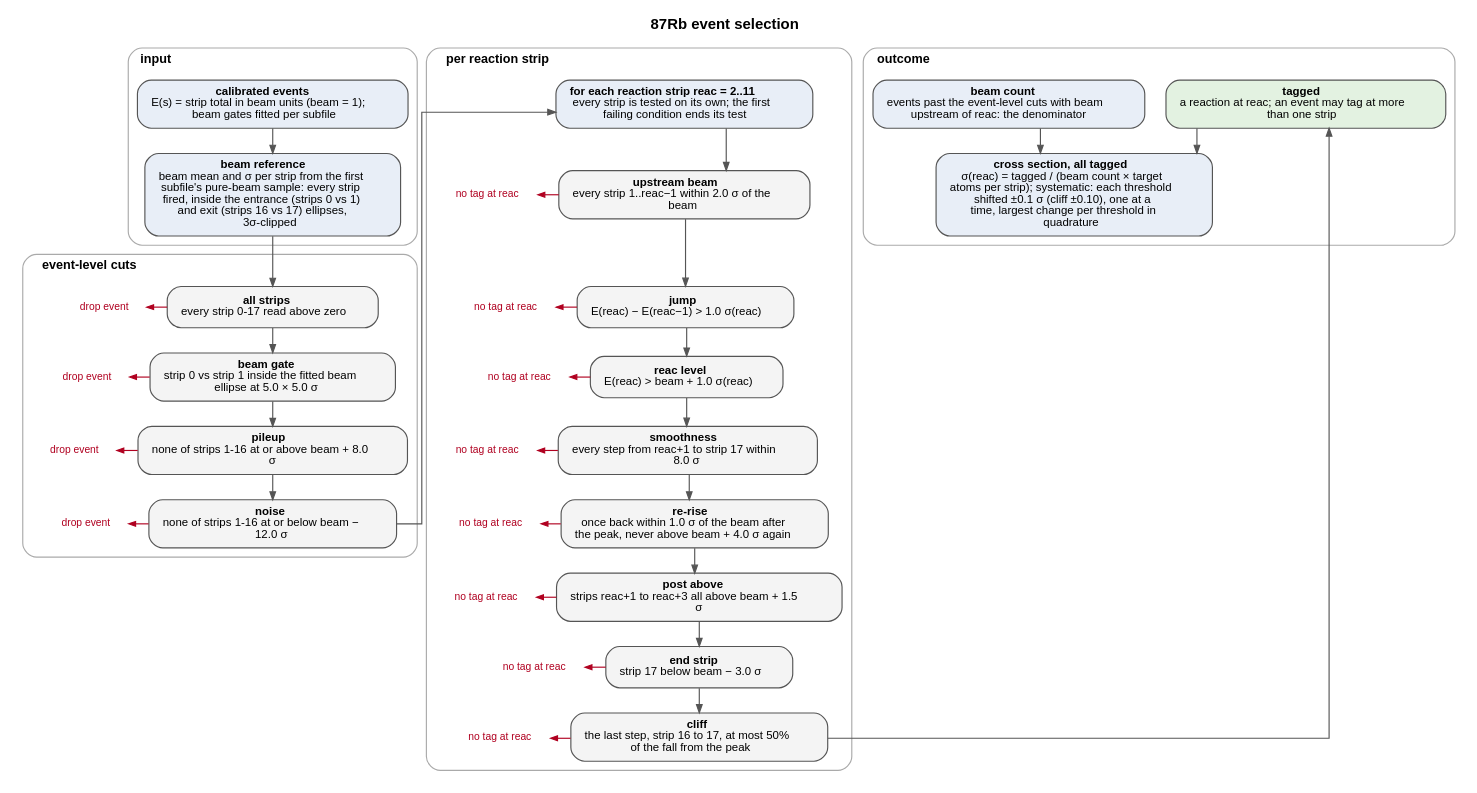
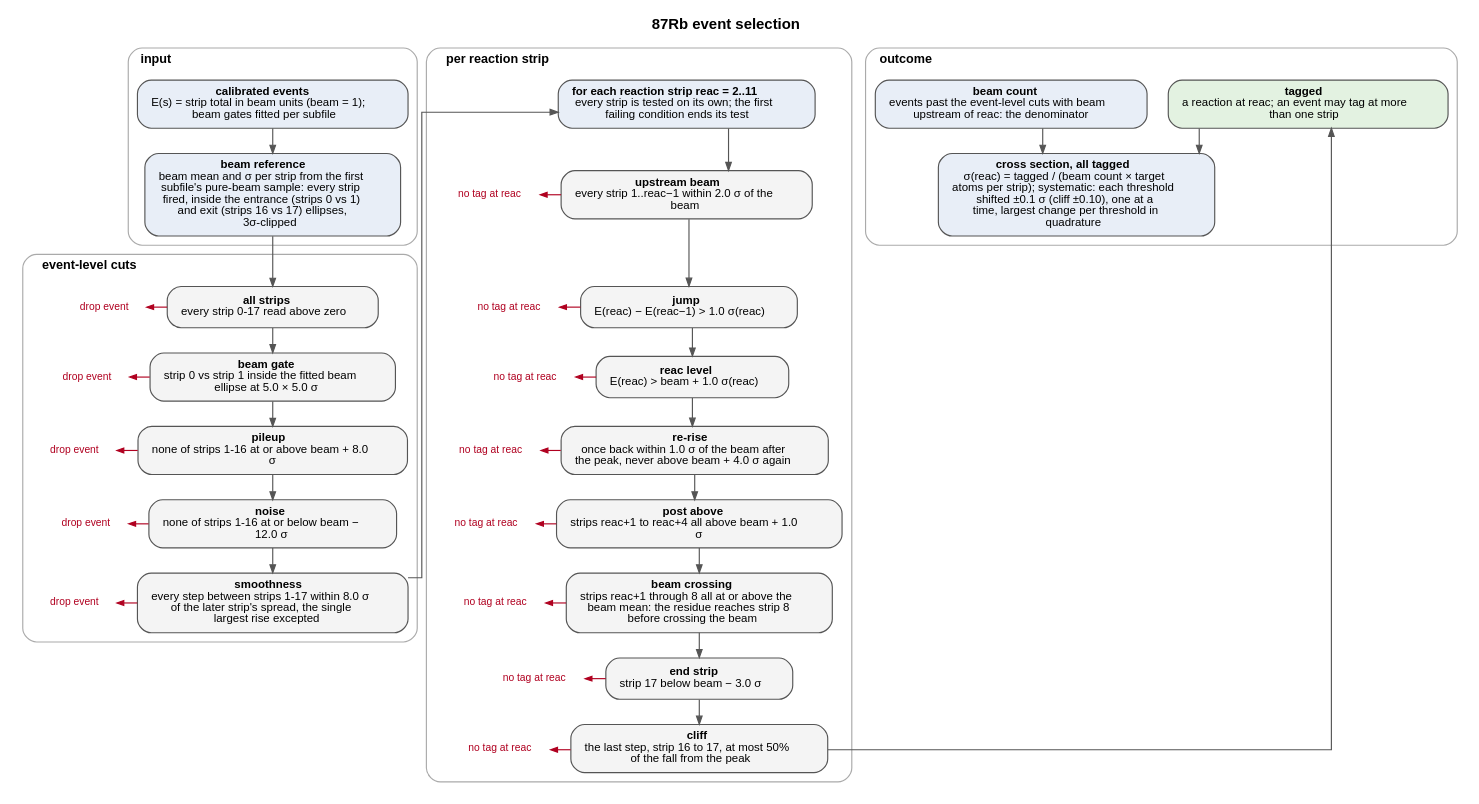
One commit to ewtodd/MUSIC changed the diagram in analysis/87Rb/plots/strip_sum_scatter/selection.dot. Above: the diagram before and after it, drawn with Graphviz. The commit also changed 27 other files, not shown here.

```diff
--- a/analysis/87Rb/plots/strip_sum_scatter/selection.dot
+++ b/analysis/87Rb/plots/strip_sum_scatter/selection.dot
@@ -1,89 +1,94 @@
 digraph selection {
   graph [rankdir=TB, newrank=true, splines=ortho, nodesep=0.25, ranksep=0.3, fontname="Helvetica", fontsize=13, labelloc=t, label=<<B>87Rb event selection</B>>];
   node [shape=box, style="rounded,filled", fillcolor="#f4f4f4", color="#555555", fontname="Helvetica", fontsize=10, margin="0.16,0.08"];
   edge [color="#555555", fontname="Helvetica", fontsize=9, arrowsize=0.7];
   subgraph cluster_0 {
     label="input"; labeljust="l"; fontname="Helvetica-Bold"; fontsize=11; color="#aaaaaa"; style="rounded";
     events [fillcolor="#e8eef7", label=<<B>calibrated events</B><BR/>E(s) = strip total in beam units (beam = 1);<BR/>beam gates fitted per subfile>];
     beam_ref [fillcolor="#e8eef7", label=<<B>beam reference</B><BR/>beam mean and σ per strip from the first<BR/>subfile's pure-beam sample: every strip<BR/>fired, inside the entrance (strips 0 vs 1)<BR/>and exit (strips 16 vs 17) ellipses,<BR/>3σ-clipped>];
   }
   subgraph cluster_1 {
     label="event-level cuts"; labeljust="l"; fontname="Helvetica-Bold"; fontsize=11; color="#aaaaaa"; style="rounded";
     all_strips [fillcolor="#f4f4f4", label=<<B>all strips</B><BR/>every strip 0-17 read above zero>];
     rej_all_strips [shape=plaintext, style="", fontsize=9, fontcolor="#b00020", label="drop event"];
     rej_all_strips -> all_strips [dir=back, color="#b00020", arrowsize=0.6];
     {rank=same; rej_all_strips; all_strips;}
     gate [fillcolor="#f4f4f4", label=<<B>beam gate</B><BR/>strip 0 vs strip 1 inside the fitted beam<BR/>ellipse at 5.0 × 5.0 σ>];
     rej_gate [shape=plaintext, style="", fontsize=9, fontcolor="#b00020", label="drop event"];
     rej_gate -> gate [dir=back, color="#b00020", arrowsize=0.6];
     {rank=same; rej_gate; gate;}
     pileup [fillcolor="#f4f4f4", label=<<B>pileup</B><BR/>none of strips 1-16 at or above beam + 8.0<BR/>σ>];
     rej_pileup [shape=plaintext, style="", fontsize=9, fontcolor="#b00020", label="drop event"];
     rej_pileup -> pileup [dir=back, color="#b00020", arrowsize=0.6];
     {rank=same; rej_pileup; pileup;}
     noise [fillcolor="#f4f4f4", label=<<B>noise</B><BR/>none of strips 1-16 at or below beam −<BR/>12.0 σ>];
     rej_noise [shape=plaintext, style="", fontsize=9, fontcolor="#b00020", label="drop event"];
     rej_noise -> noise [dir=back, color="#b00020", arrowsize=0.6];
     {rank=same; rej_noise; noise;}
+    smooth [fillcolor="#f4f4f4", label=<<B>smoothness</B><BR/>every step between strips 1-17 within 8.0 σ<BR/>of the later strip's spread, the single<BR/>largest rise excepted>];
+    rej_smooth [shape=plaintext, style="", fontsize=9, fontcolor="#b00020", label="drop event"];
+    rej_smooth -> smooth [dir=back, color="#b00020", arrowsize=0.6];
+    {rank=same; rej_smooth; smooth;}
   }
   subgraph cluster_2 {
     label="per reaction strip"; labeljust="l"; fontname="Helvetica-Bold"; fontsize=11; color="#aaaaaa"; style="rounded";
     reac_loop [fillcolor="#e8eef7", label=<<B>for each reaction strip reac = 2..11</B><BR/>every strip is tested on its own; the first<BR/>failing condition ends its test>];
     upstream [fillcolor="#f4f4f4", label=<<B>upstream beam</B><BR/>every strip 1..reac−1 within 2.0 σ of the<BR/>beam>];
     rej_upstream [shape=plaintext, style="", fontsize=9, fontcolor="#b00020", label="no tag at reac"];
     rej_upstream -> upstream [dir=back, color="#b00020", arrowsize=0.6];
     {rank=same; rej_upstream; upstream;}
     jump [fillcolor="#f4f4f4", label=<<B>jump</B><BR/>E(reac) − E(reac−1) &gt; 1.0 σ(reac)>];
     rej_jump [shape=plaintext, style="", fontsize=9, fontcolor="#b00020", label="no tag at reac"];
     rej_jump -> jump [dir=back, color="#b00020", arrowsize=0.6];
     {rank=same; rej_jump; jump;}
     reac_level [fillcolor="#f4f4f4", label=<<B>reac level</B><BR/>E(reac) &gt; beam + 1.0 σ(reac)>];
     rej_reac_level [shape=plaintext, style="", fontsize=9, fontcolor="#b00020", label="no tag at reac"];
     rej_reac_level -> reac_level [dir=back, color="#b00020", arrowsize=0.6];
     {rank=same; rej_reac_level; reac_level;}
-    smooth [fillcolor="#f4f4f4", label=<<B>smoothness</B><BR/>every step from reac+1 to strip 17 within<BR/>8.0 σ>];
-    rej_smooth [shape=plaintext, style="", fontsize=9, fontcolor="#b00020", label="no tag at reac"];
-    rej_smooth -> smooth [dir=back, color="#b00020", arrowsize=0.6];
-    {rank=same; rej_smooth; smooth;}
     rerise [fillcolor="#f4f4f4", label=<<B>re-rise</B><BR/>once back within 1.0 σ of the beam after<BR/>the peak, never above beam + 4.0 σ again>];
     rej_rerise [shape=plaintext, style="", fontsize=9, fontcolor="#b00020", label="no tag at reac"];
     rej_rerise -> rerise [dir=back, color="#b00020", arrowsize=0.6];
     {rank=same; rej_rerise; rerise;}
-    post_above [fillcolor="#f4f4f4", label=<<B>post above</B><BR/>strips reac+1 to reac+3 all above beam + 1.5<BR/>σ>];
+    post_above [fillcolor="#f4f4f4", label=<<B>post above</B><BR/>strips reac+1 to reac+4 all above beam + 1.0<BR/>σ>];
     rej_post_above [shape=plaintext, style="", fontsize=9, fontcolor="#b00020", label="no tag at reac"];
     rej_post_above -> post_above [dir=back, color="#b00020", arrowsize=0.6];
     {rank=same; rej_post_above; post_above;}
+    cross [fillcolor="#f4f4f4", label=<<B>beam crossing</B><BR/>strips reac+1 through 8 all at or above the<BR/>beam mean: the residue reaches strip 8<BR/>before crossing the beam>];
+    rej_cross [shape=plaintext, style="", fontsize=9, fontcolor="#b00020", label="no tag at reac"];
+    rej_cross -> cross [dir=back, color="#b00020", arrowsize=0.6];
+    {rank=same; rej_cross; cross;}
     last_strip [fillcolor="#f4f4f4", label=<<B>end strip</B><BR/>strip 17 below beam − 3.0 σ>];
     rej_last_strip [shape=plaintext, style="", fontsize=9, fontcolor="#b00020", label="no tag at reac"];
     rej_last_strip -> last_strip [dir=back, color="#b00020", arrowsize=0.6];
     {rank=same; rej_last_strip; last_strip;}
     cliff [fillcolor="#f4f4f4", label=<<B>cliff</B><BR/>the last step, strip 16 to 17, at most 50%<BR/>of the fall from the peak>];
     rej_cliff [shape=plaintext, style="", fontsize=9, fontcolor="#b00020", label="no tag at reac"];
     rej_cliff -> cliff [dir=back, color="#b00020", arrowsize=0.6];
     {rank=same; rej_cliff; cliff;}
   }
   subgraph cluster_3 {
     label="outcome"; labeljust="l"; fontname="Helvetica-Bold"; fontsize=11; color="#aaaaaa"; style="rounded";
     tagged [fillcolor="#e3f2e1", label=<<B>tagged</B><BR/>a reaction at reac; an event may tag at more<BR/>than one strip>];
     n_beam [fillcolor="#e8eef7", label=<<B>beam count</B><BR/>events past the event-level cuts with beam<BR/>upstream of reac: the denominator>];
     xs [fillcolor="#e8eef7", label=<<B>cross section, all tagged</B><BR/>σ(reac) = tagged / (beam count × target<BR/>atoms per strip); systematic: each threshold<BR/>shifted ±0.1 σ (cliff ±0.10), one at a<BR/>time, largest change per threshold in<BR/>quadrature>];
   }
   {rank=same; events -> reac_loop -> tagged [style=invis];}
   events -> beam_ref;
   beam_ref -> all_strips;
   all_strips -> gate;
   gate -> pileup;
   pileup -> noise;
-  noise -> reac_loop [constraint=false];
+  noise -> smooth;
+  smooth -> reac_loop [constraint=false];
   reac_loop -> upstream;
   upstream -> jump;
   jump -> reac_level;
-  reac_level -> smooth;
-  smooth -> rerise;
+  reac_level -> rerise;
   rerise -> post_above;
-  post_above -> last_strip;
+  post_above -> cross;
+  cross -> last_strip;
   last_strip -> cliff;
   cliff -> tagged [constraint=false];
   tagged -> xs;
   n_beam -> xs;
 }
```
